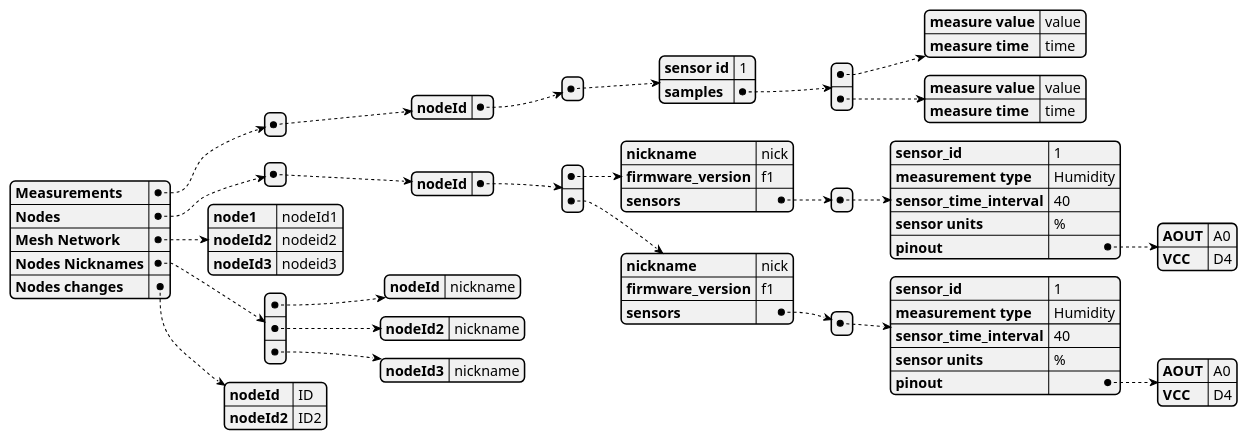
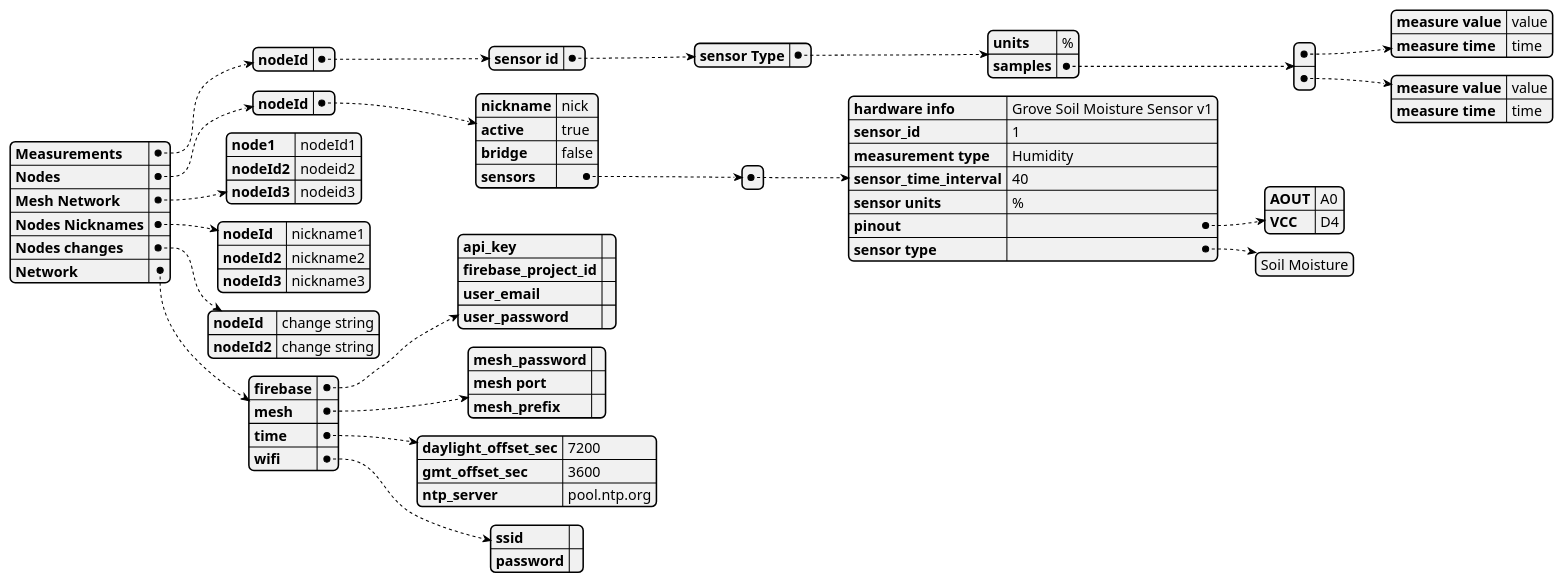
Before and after one commit to m-schwob/MeshGarden: the diagram in docs/uml/data_structure copy.puml, drawn with PlantUML. The commit also changed 4 other files, not shown here.

Commit message:
network works, uml added

```diff
--- a/docs/uml/data_structure copy.puml
+++ b/docs/uml/data_structure copy.puml
@@ -1,83 +1,87 @@
 @startjson
 
 {   
-    "Measurements": [
+    "Measurements": 
     {      
-        "nodeId":[
+        "nodeId":
         {
-        "sensor id": "1" ,   
+        "sensor id":{  
+        "sensor Type":{  
+        "units": "%",       
         "samples": [
         {
             "measure value": "value",
             "measure time": "time"
         },
         {
             "measure value": "value",
             "measure time": "time"
         }
         ]
         }
-        ]
-    }
-    ],
-    "Nodes": [
+        }
+        }
+    },
+    "Nodes":
     {    
-        "nodeId":[
+        "nodeId":
         {
             "nickname": "nick",
-            "firmware_version" : "f1",  
+            "active" : "true",  
+            "bridge" : "false",
             "sensors" : [
                 {
+                    "hardware info": "Grove Soil Moisture Sensor v1",
                     "sensor_id": "1",
                     "measurement type": "Humidity",
                     "sensor_time_interval": "40",
                     "sensor units": "%",
                     "pinout": {
                         "AOUT": "A0",
                         "VCC": "D4"
-                    }
-                }
-                ] 
-        },
-                {
-            "nickname": "nick",
-            "firmware_version" : "f1",  
-            "sensors" : [
-                {
-                    "sensor_id": "1",
-                    "measurement type": "Humidity",
-                    "sensor_time_interval": "40",
-                    "sensor units": "%",
-                    "pinout": {
-                        "AOUT": "A0",
-                        "VCC": "D4"
-                    }
+                    },
+                    "sensor type":["Soil Moisture"]
                 }
                 ] 
         }
-        ]
-    }
-    ],
+    },
     "Mesh Network": {
         "node1": "nodeId1",
         "nodeId2": "nodeid2",
         "nodeId3": "nodeid3"
     },
-    "Nodes Nicknames": [
+    "Nodes Nicknames": 
         {
-            "nodeId": "nickname"
+            "nodeId": "nickname1",
+            "nodeId2": "nickname2",
+            "nodeId3": "nickname3"
         },
-        {
-            "nodeId2": "nickname"
+    "Nodes changes": {
+            "nodeId": "change string",
+            "nodeId2": "change string"
+    },
+    "Network" : {
+        "firebase":{
+            "api_key": "",
+            "firebase_project_id": "",
+            "user_email": "",
+            "user_password": ""
+            },
+        "mesh":{
+            "mesh_password":"",
+            "mesh port":"",
+            "mesh_prefix": ""
         },
-        {
-            "nodeId3": "nickname"
+        "time":{
+            "daylight_offset_sec": 7200,
+            "gmt_offset_sec" :3600,
+            "ntp_server":"pool.ntp.org"
+        },
+        "wifi":{
+            "ssid":"",
+            "password":""
         }
-    ],
-    "Nodes changes": {
-            "nodeId": "ID",
-            "nodeId2": "ID2"
     }
 }
 
 @endjson
```
